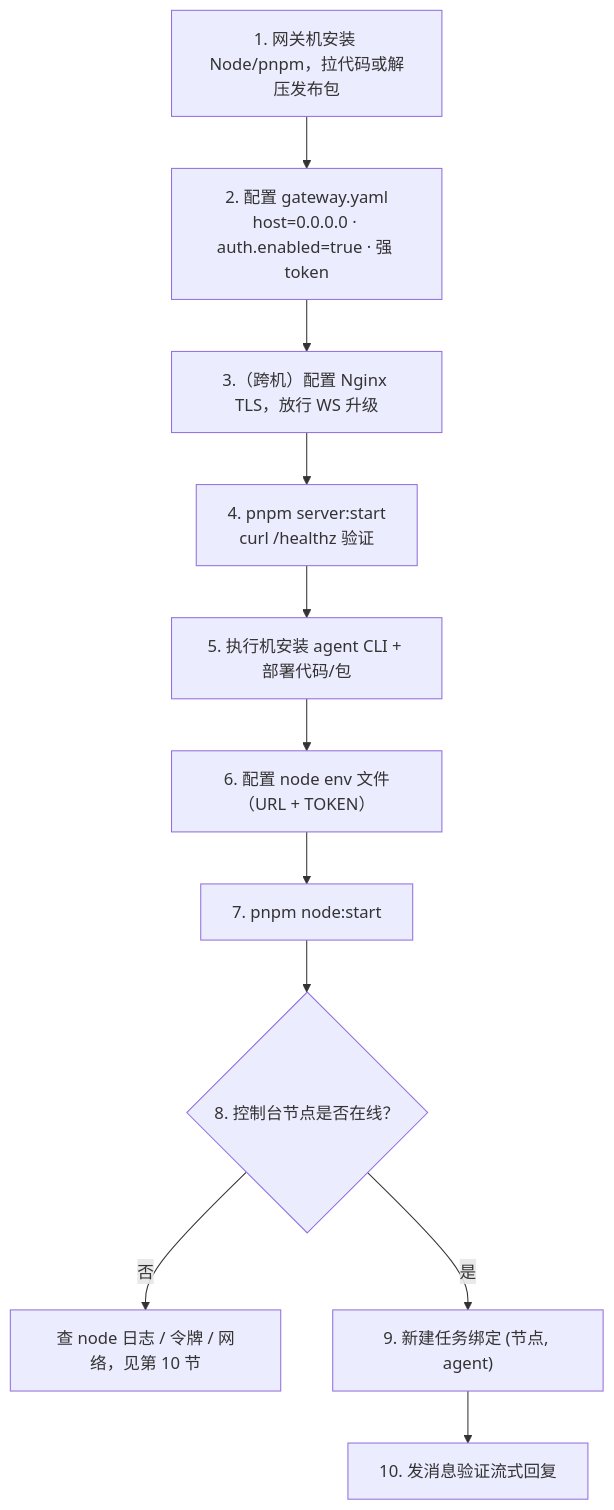
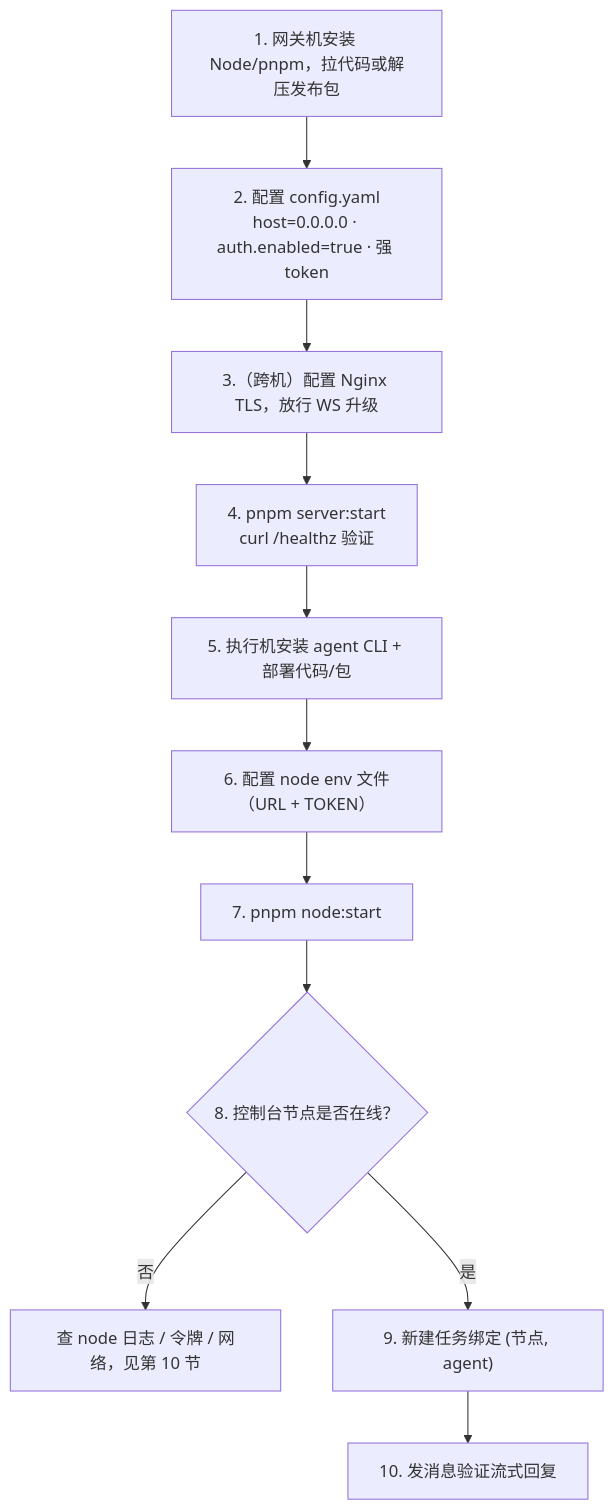
Before and after one commit to superproxy/agent-linker: the second of 2 diagrams in docs/deployment.md, drawn with Mermaid. The commit also changed other lines of this file and 62 other files, not shown here.

````diff
--- a/docs/deployment.md
+++ b/docs/deployment.md
@@ -242,13 +243,13 @@
 ```mermaid
 flowchart TD
-  A["1. 网关机安装 Node/pnpm，拉代码或解压发布包"] --> B["2. 配置 gateway.yaml<br/>host=0.0.0.0 · auth.enabled=true · 强 token"]
+  A["1. 网关机安装 Node/pnpm，拉代码或解压发布包"] --> B["2. 配置 config.yaml<br/>host=0.0.0.0 · auth.enabled=true · 强 token"]
   B --> C["3.（跨机）配置 Nginx TLS，放行 WS 升级"]
   C --> D["4. pnpm server:start<br/>curl /healthz 验证"]
   D --> E["5. 执行机安装 agent CLI + 部署代码/包"]
   E --> F["6. 配置 node env 文件（URL + TOKEN）"]
   F --> G["7. pnpm node:start <name>"]
   G --> H{"8. 控制台节点是否在线？"}
   H -->|否| X["查 node 日志 / 令牌 / 网络，见第 10 节"]
   H -->|是| I["9. 新建任务绑定 (节点, agent)"]
   I --> J["10. 发消息验证流式回复"]
 ```
````
